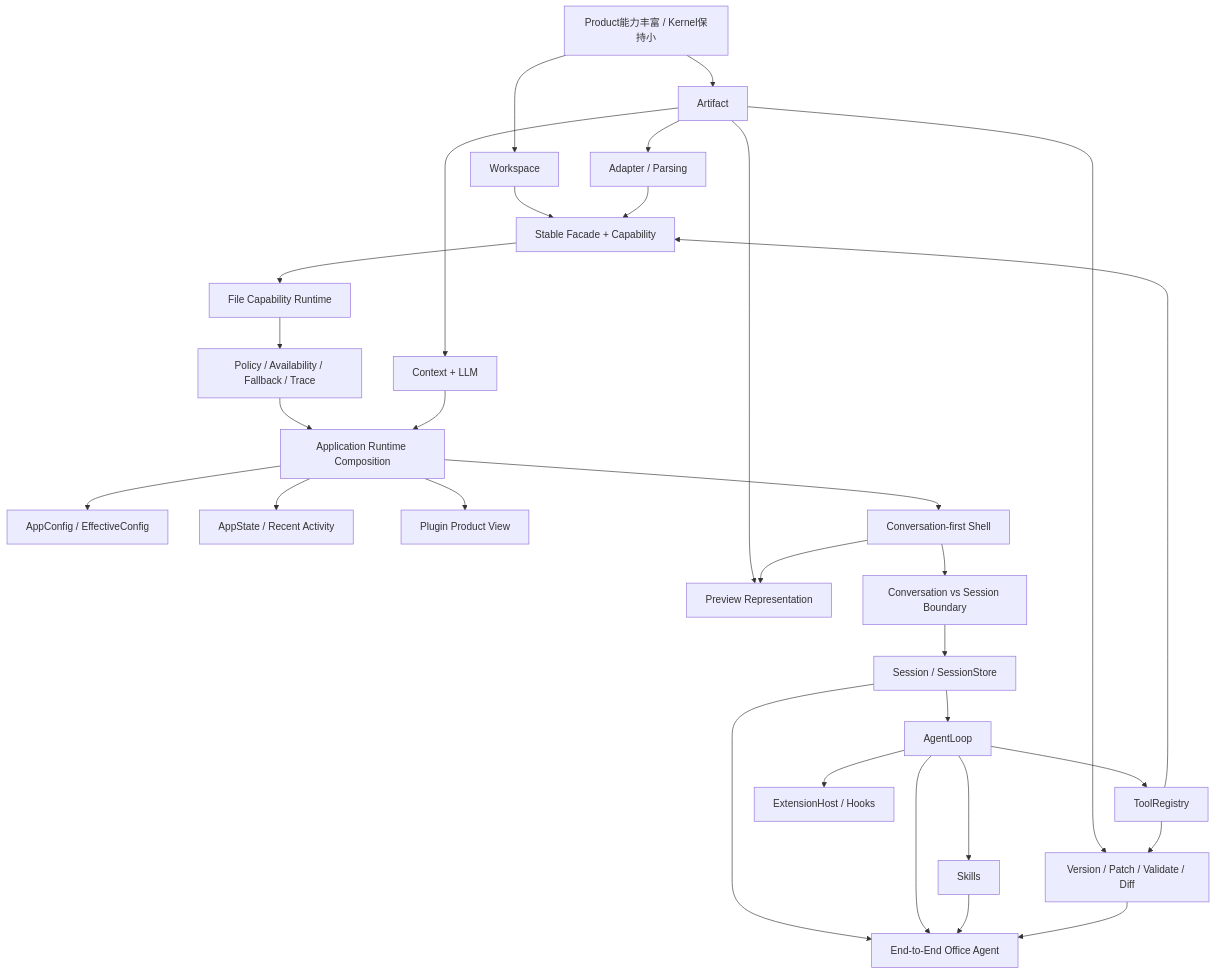
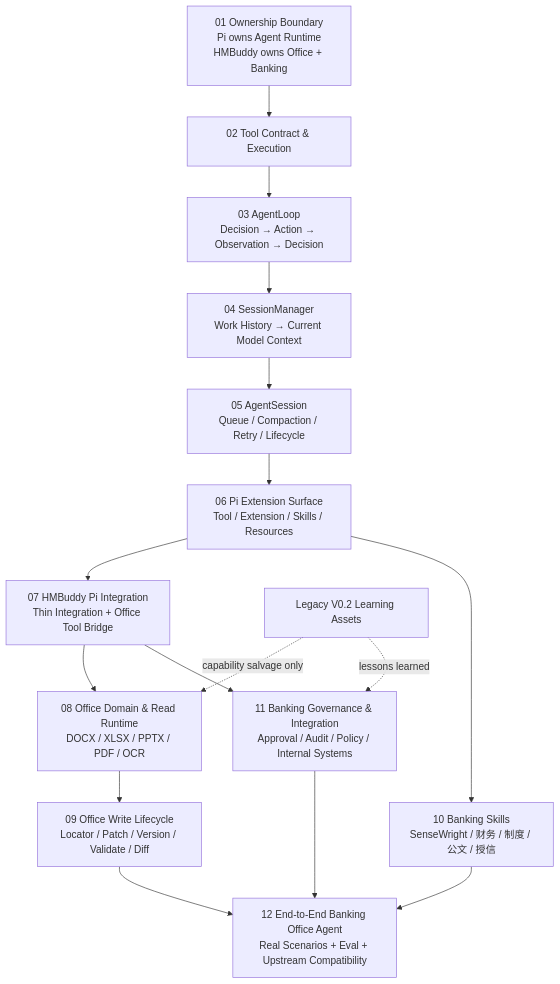
The diagram in learning/sensewright-drlp/01-concept-map.md (leecolin2023/HMBuddy), drawn with Mermaid before and after one commit. The commit also changed other lines of this file, not shown here.

Commit message:
docs: rebuild SenseWright concept map for Pi-native HMBuddy V1.0

````diff
--- a/learning/sensewright-drlp/01-concept-map.md
+++ b/learning/sensewright-drlp/01-concept-map.md
@@ -8,32 +27,23 @@
 ```mermaid
 flowchart TD
-    A[Product能力丰富 / Kernel保持小] --> W[Workspace]
-    A --> AR[Artifact]
-    W --> CAP[Stable Facade + Capability]
-    AR --> PARSE[Adapter / Parsing]
-    PARSE --> CAP
-    CAP --> FCR[File Capability Runtime]
-    FCR --> GOV[Policy / Availability / Fallback / Trace]
-    AR --> CTX[Context + LLM]
-    GOV --> APP[Application Runtime Composition]
-    CTX --> APP
-    APP --> CFG[AppConfig / EffectiveConfig]
-    APP --> ST[AppState / Recent Activity]
-    APP --> PM[Plugin Product View]
-    APP --> UI[Conversation-first Shell]
-    AR --> PRE[Preview Representation]
-    UI --> PRE
-    UI --> CVS[Conversation vs Session Boundary]
-    CVS --> SES[Session / SessionStore]
-    SES --> LOOP[AgentLoop]
-    LOOP --> TOOL[ToolRegistry]
-    TOOL --> CAP
-    LOOP --> EXT[ExtensionHost / Hooks]
-    LOOP --> SK[Skills]
-    AR --> WRITE[Version / Patch / Validate / Diff]
-    TOOL --> WRITE
-    SES --> CAPSTONE[End-to-End Office Agent]
-    LOOP --> CAPSTONE
-    SK --> CAPSTONE
-    WRITE --> CAPSTONE
+    A[01 Ownership Boundary<br/>Pi owns Agent Runtime<br/>HMBuddy owns Office + Banking] --> B[02 Tool Contract & Execution]
+    B --> C[03 AgentLoop<br/>Decision → Action → Observation → Decision]
+    C --> D[04 SessionManager<br/>Work History → Current Model Context]
+    D --> E[05 AgentSession<br/>Queue / Compaction / Retry / Lifecycle]
+
+    E --> F[06 Pi Extension Surface<br/>Tool / Extension / Skills / Resources]
+    F --> G[07 HMBuddy Pi Integration<br/>Thin Integration + Office Tool Bridge]
+
+    G --> H[08 Office Domain & Read Runtime<br/>DOCX / XLSX / PPTX / PDF / OCR]
+    H --> I[09 Office Write Lifecycle<br/>Locator / Patch / Version / Validate / Diff]
+
+    F --> J[10 Banking Skills<br/>SenseWright / 财务 / 制度 / 公文 / 授信]
+    G --> K[11 Banking Governance & Integration<br/>Approval / Audit / Policy / Internal Systems]
+
+    I --> L[12 End-to-End Banking Office Agent<br/>Real Scenarios + Eval + Upstream Compatibility]
+    J --> L
+    K --> L
+
+    LEG[Legacy V0.2 Learning Assets] -. capability salvage only .-> H
+    LEG -. lessons learned .-> K
 ```
````
